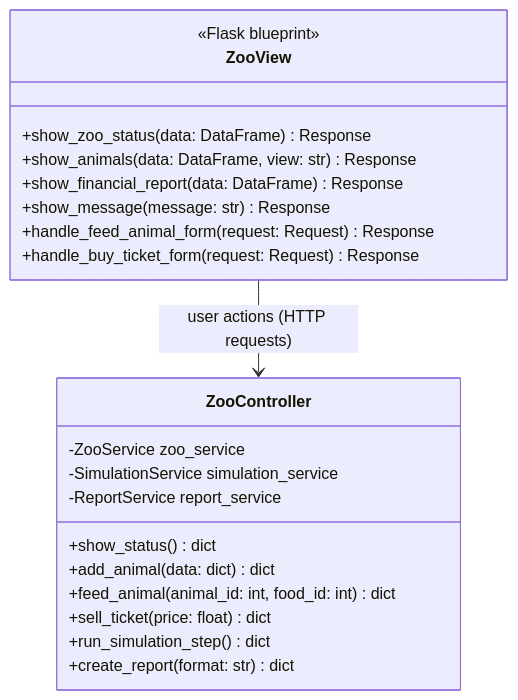
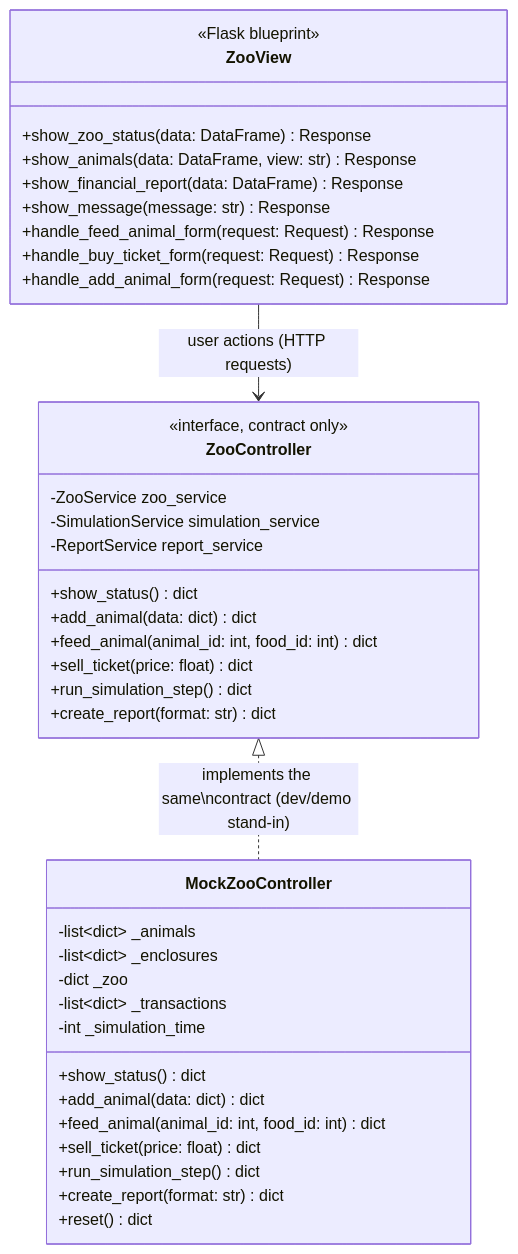
One commit to Darnell-Beganovic/zms-BBS changed the diagram in zoo_simulation/docs/planning_frontend_alessio.md. Above: the diagram before and after it, drawn with Mermaid. The commit also changed other lines of this file and 16 other files, not shown here.

````diff
--- a/zoo_simulation/docs/planning_frontend_alessio.md
+++ b/zoo_simulation/docs/planning_frontend_alessio.md
@@ -33,28 +39,52 @@
 ```mermaid
 classDiagram
     direction TB
 
     class ZooView {
         <<Flask blueprint>>
         +show_zoo_status(data: DataFrame) Response
         +show_animals(data: DataFrame, view: str) Response
         +show_financial_report(data: DataFrame) Response
         +show_message(message: str) Response
         +handle_feed_animal_form(request: Request) Response
         +handle_buy_ticket_form(request: Request) Response
+        +handle_add_animal_form(request: Request) Response
     }
 
     class ZooController {
+        <<interface, contract only>>
         -ZooService zoo_service
         -SimulationService simulation_service
         -ReportService report_service
         +show_status() dict
         +add_animal(data: dict) dict
         +feed_animal(animal_id: int, food_id: int) dict
         +sell_ticket(price: float) dict
         +run_simulation_step() dict
         +create_report(format: str) dict
     }
 
+    %% MockZooController is a real class this Schwerpunkt owns and
+    %% implements (controller_stub.py) - not just a diagram placeholder.
+    %% reset() (added 2026-08-09, see section 3.2) is deliberately NOT part
+    %% of the ZooController contract above - it will not exist on the real
+    %% controller, so it is shown as MockZooController's own extra method,
+    %% not promoted onto the interface.
+    class MockZooController {
+        -list~dict~ _animals
+        -list~dict~ _enclosures
+        -dict _zoo
+        -list~dict~ _transactions
+        -int _simulation_time
+        +show_status() dict
+        +add_animal(data: dict) dict
+        +feed_animal(animal_id: int, food_id: int) dict
+        +sell_ticket(price: float) dict
+        +run_simulation_step() dict
+        +create_report(format: str) dict
+        +reset() dict
+    }
+
     ZooView --> ZooController : user actions (HTTP requests)
+    ZooController <|.. MockZooController : implements the same\ncontract (dev/demo stand-in)
 ```
````
